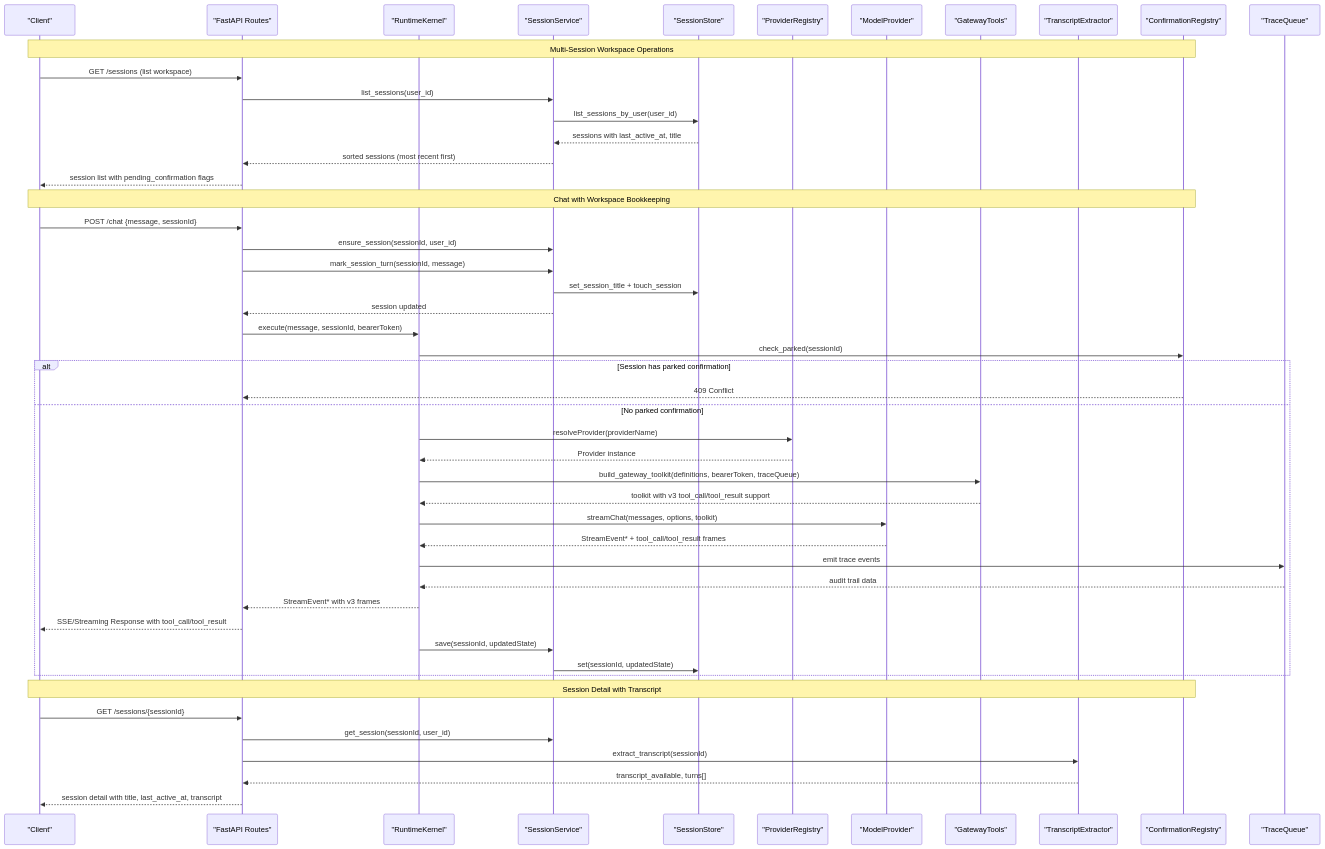
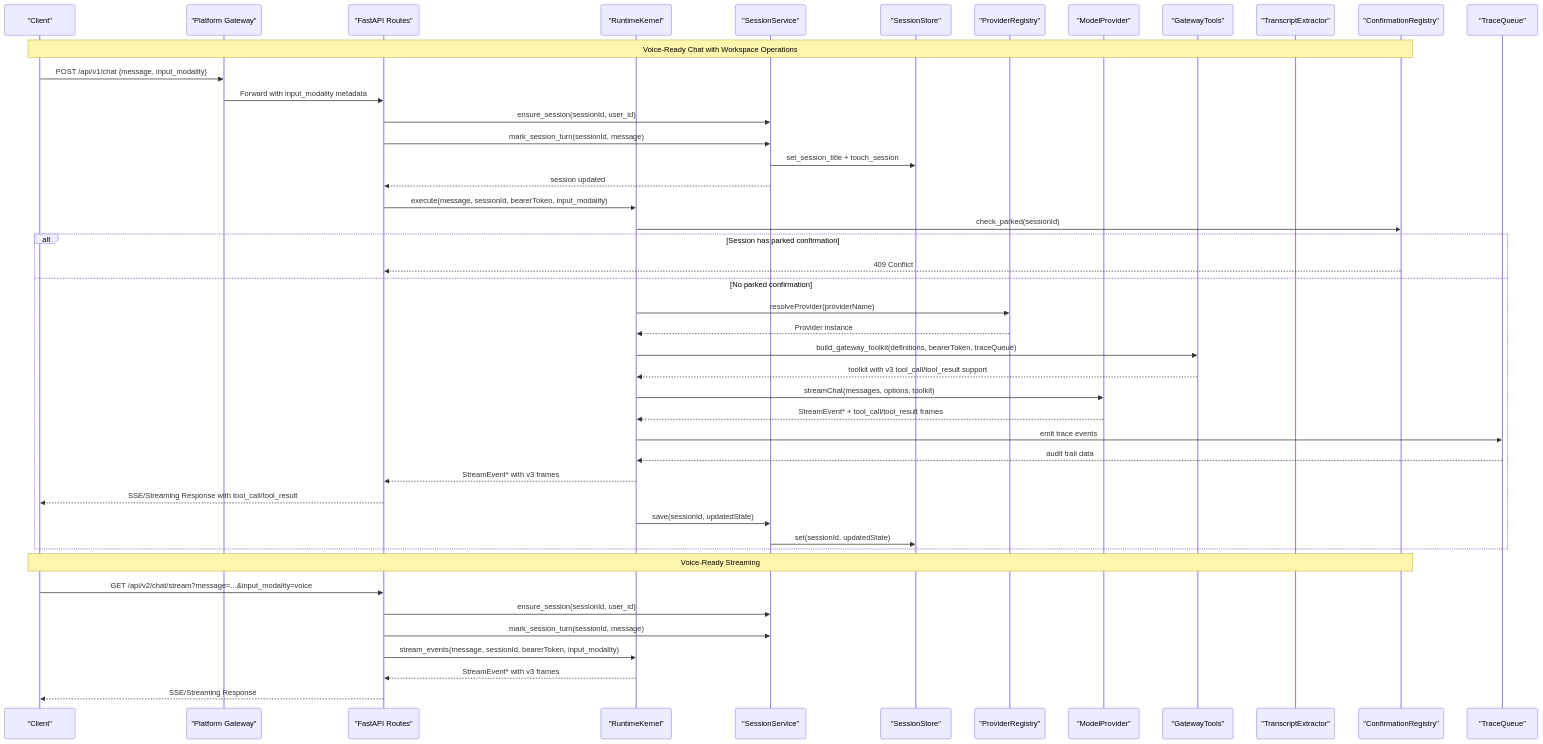
One commit to metasync/luban-aiops changed the second of 19 diagrams in .qoder/repowiki/en/content/Agent Platform Service/Agent Platform Service.md. Above: the diagram before and after it, drawn with Mermaid. The commit also changed other lines of this file and 51 other files, not shown here.

````diff
--- a/.qoder/repowiki/en/content/Agent Platform Service/Agent Platform Service.md
+++ b/.qoder/repowiki/en/content/Agent Platform Service/Agent Platform Service.md
@@ -208,51 +213,47 @@
 ```mermaid
 sequenceDiagram
 participant Client as "Client"
+participant Gateway as "Platform Gateway"
 participant API as "FastAPI Routes"
 participant Kernel as "RuntimeKernel"
 participant Sess as "SessionService"
 participant Store as "SessionStore"
 participant Reg as "ProviderRegistry"
 participant Prov as "ModelProvider"
 participant Tools as "GatewayTools"
 participant Transcript as "TranscriptExtractor"
 participant HITL as "ConfirmationRegistry"
 participant Trace as "TraceQueue"
-Note over Client,HITL : Multi-Session Workspace Operations
-Client->>API : GET /sessions (list workspace)
-API->>Sess : list_sessions(user_id)
-Sess->>Store : list_sessions_by_user(user_id)
-Store-->>Sess : sessions with last_active_at, title
-Sess-->>API : sorted sessions (most recent first)
-API-->>Client : session list with pending_confirmation flags
-Note over Client,HITL : Chat with Workspace Bookkeeping
-Client->>API : POST /chat {message, sessionId}
+Note over Client,HITL : Voice-Ready Chat with Workspace Operations
+Client->>Gateway : POST /api/v1/chat {message, input_modality}
+Gateway->>API : Forward with input_modality metadata
 API->>Sess : ensure_session(sessionId, user_id)
 API->>Sess : mark_session_turn(sessionId, message)
 Sess->>Store : set_session_title + touch_session
 Sess-->>API : session updated
-API->>Kernel : execute(message, sessionId, bearerToken)
+API->>Kernel : execute(message, sessionId, bearerToken, input_modality)
 Kernel->>HITL : check_parked(sessionId)
 alt Session has parked confirmation
 HITL-->>API : 409 Conflict
 else No parked confirmation
 Kernel->>Reg : resolveProvider(providerName)
 Reg-->>Kernel : Provider instance
 Kernel->>Tools : build_gateway_toolkit(definitions, bearerToken, traceQueue)
 Tools-->>Kernel : toolkit with v3 tool_call/tool_result support
 Kernel->>Prov : streamChat(messages, options, toolkit)
 Prov-->>Kernel : StreamEvent* + tool_call/tool_result frames
 Kernel->>Trace : emit trace events
 Trace-->>Kernel : audit trail data
 Kernel-->>API : StreamEvent* with v3 frames
 API-->>Client : SSE/Streaming Response with tool_call/tool_result
 Kernel->>Sess : save(sessionId, updatedState)
 Sess->>Store : set(sessionId, updatedState)
 end
-Note over Client,HITL : Session Detail with Transcript
-Client->>API : GET /sessions/{sessionId}
-API->>Sess : get_session(sessionId, user_id)
-API->>Transcript : extract_transcript(sessionId)
-Transcript-->>API : transcript_available, turns[]
-API-->>Client : session detail with title, last_active_at, transcript
+Note over Client,HITL : Voice-Ready Streaming
+Client->>API : GET /api/v2/chat/stream?message=...&input_modality=voice
+API->>Sess : ensure_session(sessionId, user_id)
+API->>Sess : mark_session_turn(sessionId, message)
+API->>Kernel : stream_events(message, sessionId, bearerToken, input_modality)
+Kernel-->>API : StreamEvent* with v3 frames
+API-->>Client : SSE/Streaming Response
 ```
````
